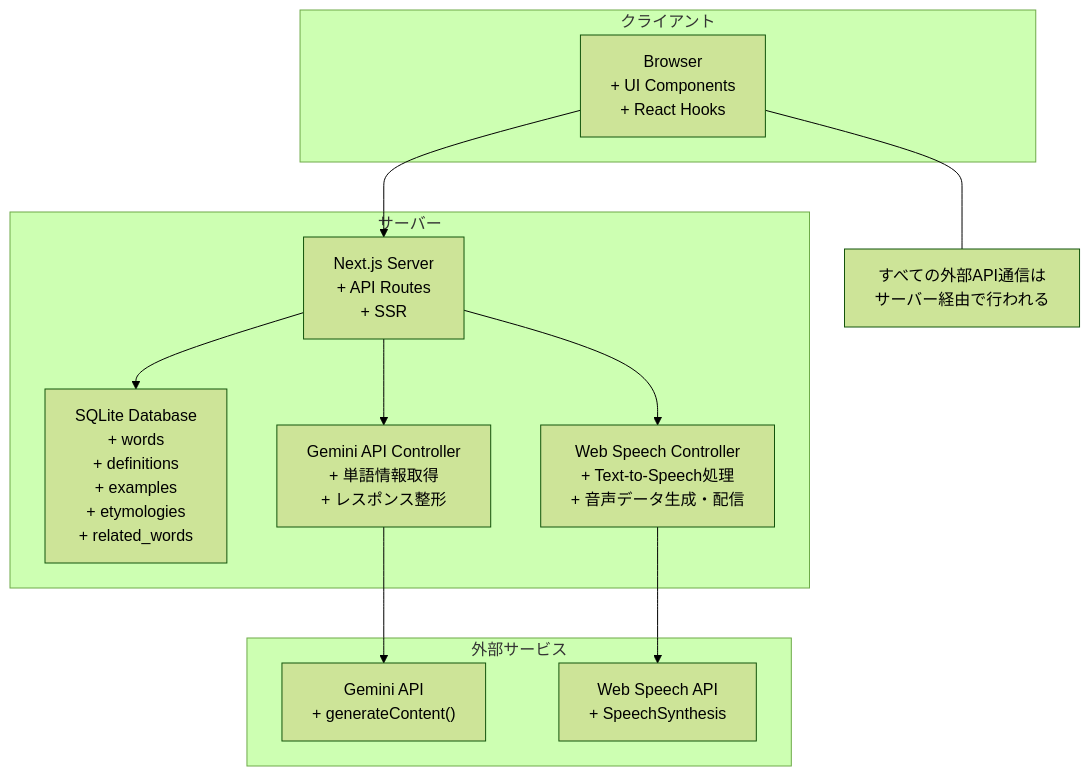
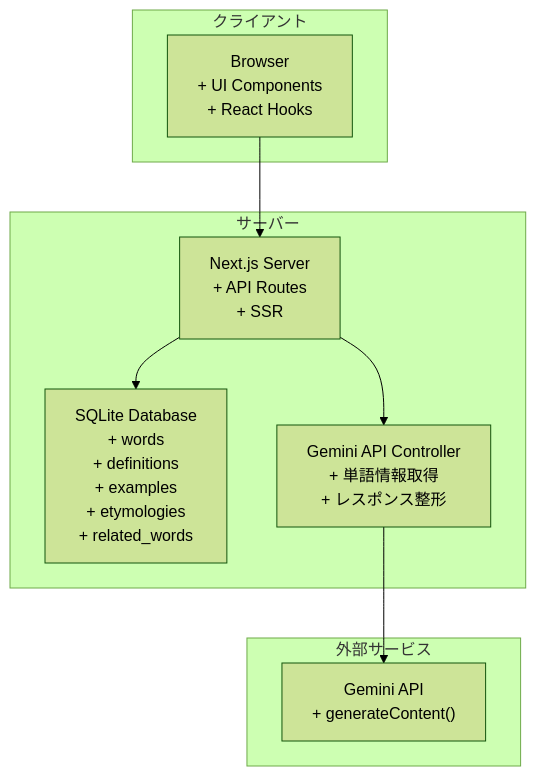
Before and after one commit to ayori1280h/vocabulary_app: the first of 6 diagrams in README.md, drawn with Mermaid (forest theme). The commit also changed other lines of this file, not shown here.

````diff
--- a/README.md
+++ b/README.md
@@ -28,29 +28,23 @@
 ```mermaid
 graph TB
     subgraph "クライアント"
         Browser["Browser\n+ UI Components\n+ React Hooks"]
     end
     
     subgraph "サーバー"
         NextServer["Next.js Server\n+ API Routes\n+ SSR"]
         SQLite["SQLite Database\n+ words\n+ definitions\n+ examples\n+ etymologies\n+ related_words"]
-        WebSpeechController["Web Speech Controller\n+ Text-to-Speech処理\n+ 音声データ生成・配信"]
         GeminiController["Gemini API Controller\n+ 単語情報取得\n+ レスポンス整形"]
         
         NextServer --> SQLite
-        NextServer --> WebSpeechController
         NextServer --> GeminiController
     end
     
     subgraph "外部サービス"
         GeminiAPI["Gemini API\n+ generateContent()"]
-        WebSpeechAPI["Web Speech API\n+ SpeechSynthesis"]
     end
     
     Browser --> NextServer
     GeminiController --> GeminiAPI
-    WebSpeechController --> WebSpeechAPI
     
-    note["すべての外部API通信は\nサーバー経由で行われる"]
-    Browser --- note
 ```
````
